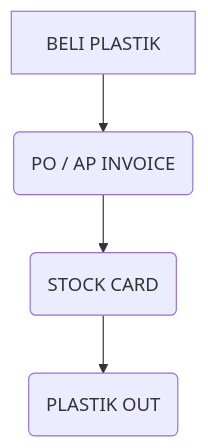
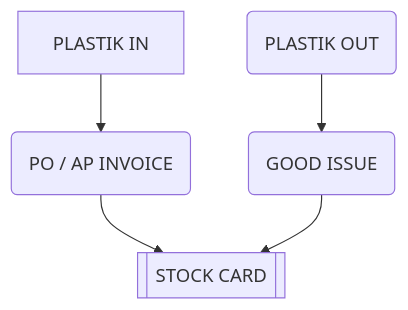
One commit to andyut/cnw_doc changed the diagram in meeting.md. Above: the diagram before and after it, drawn with Mermaid. The commit also changed other lines of this file, not shown here.

Commit message:
meeting.md updated from https://stackedit.io/

````diff
--- a/meeting.md
+++ b/meeting.md
@@ -5,8 +5,10 @@
 ```mermaid
 graph TD
-A[BELI PLASTIK] --> B(PO / AP INVOICE)
-B --> C(STOCK CARD)
+A[ PLASTIK IN] --> B(PO / AP INVOICE)
+B --> C[[STOCK CARD]]
 
-C --> D(PLASTIK OUT) 
+D(PLASTIK OUT) --> E(GOOD ISSUE)
+E -->C
+
 
 ```
````
